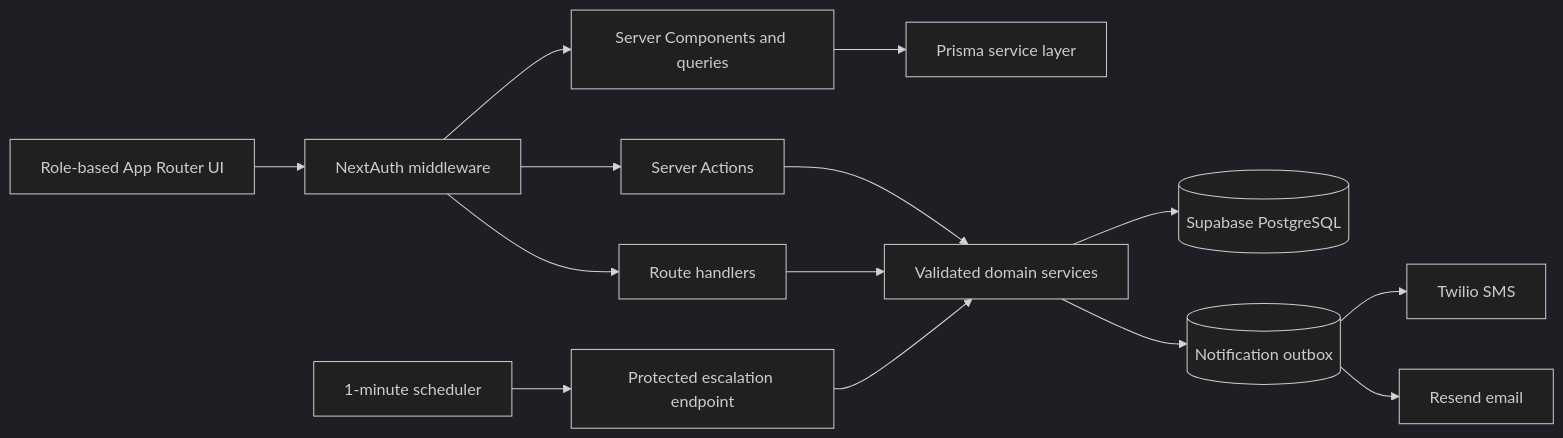
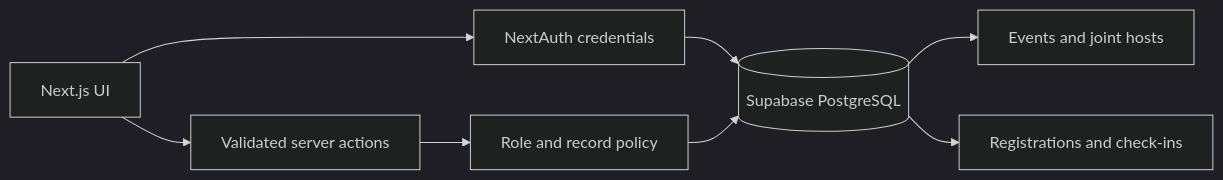
The diagram in README.md (akxxh222/CollabSphere-Cross-House-And-Regional-Meetup-Engine), drawn with Mermaid (dark theme) before and after one commit. The commit also changed other lines of this file and 3 other files, not shown here.

Commit message:
docs: document CollabSphere roles architecture and milestones

````diff
--- a/README.md
+++ b/README.md
@@ -24,16 +48,10 @@
 ```mermaid
 flowchart LR
-  Browser[Role-based App Router UI] --> Middleware[NextAuth middleware]
-  Middleware --> SC[Server Components and queries]
-  Middleware --> SA[Server Actions]
-  Middleware --> API[Route handlers]
-  SC --> Prisma[Prisma service layer]
-  SA --> Domain[Validated domain services]
-  API --> Domain
-  Domain --> DB[(Supabase PostgreSQL)]
-  Scheduler[1-minute scheduler] --> Job[Protected escalation endpoint]
-  Job --> Domain
-  Domain --> Queue[(Notification outbox)]
-  Queue --> Twilio[Twilio SMS]
-  Queue --> Resend[Resend email]
+  Browser[Next.js UI] --> Auth[NextAuth credentials]
+  Browser --> Actions[Validated server actions]
+  Auth --> DB[(Supabase PostgreSQL)]
+  Actions --> Policy[Role and record policy]
+  Policy --> DB
+  DB --> Events[Events and joint hosts]
+  DB --> Presence[Registrations and check-ins]
 ```
````
